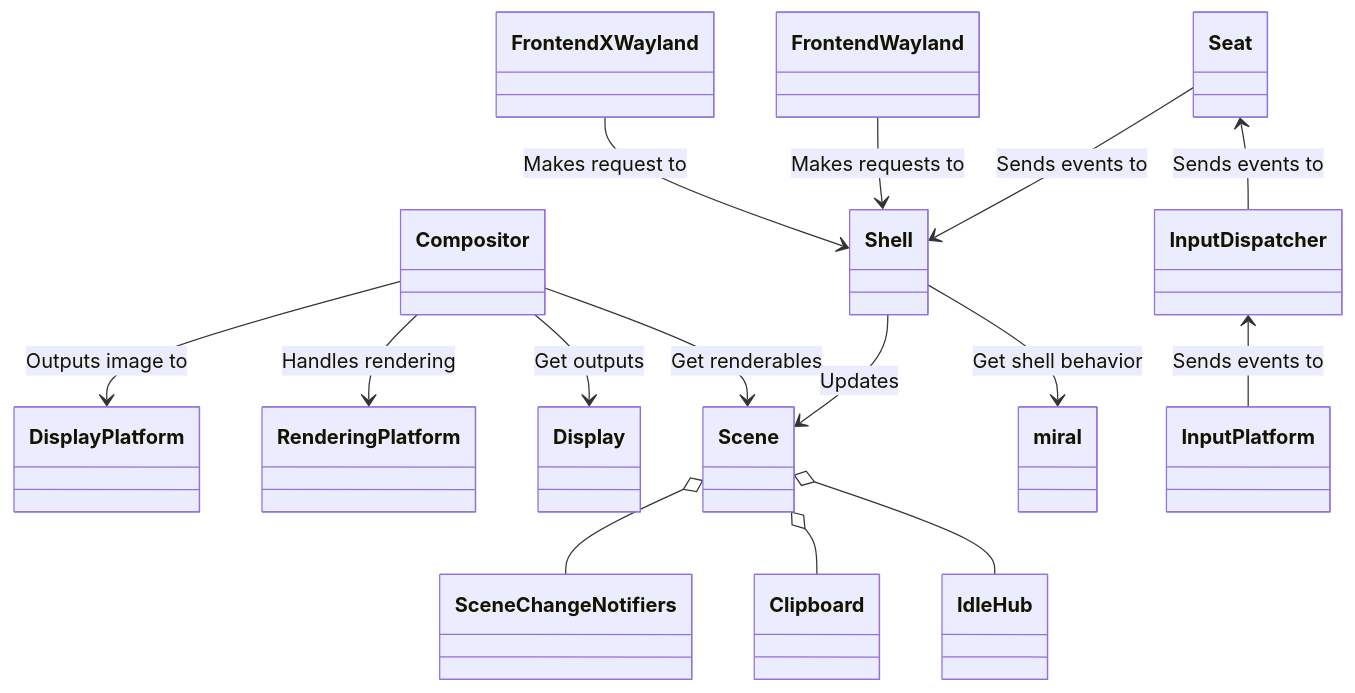
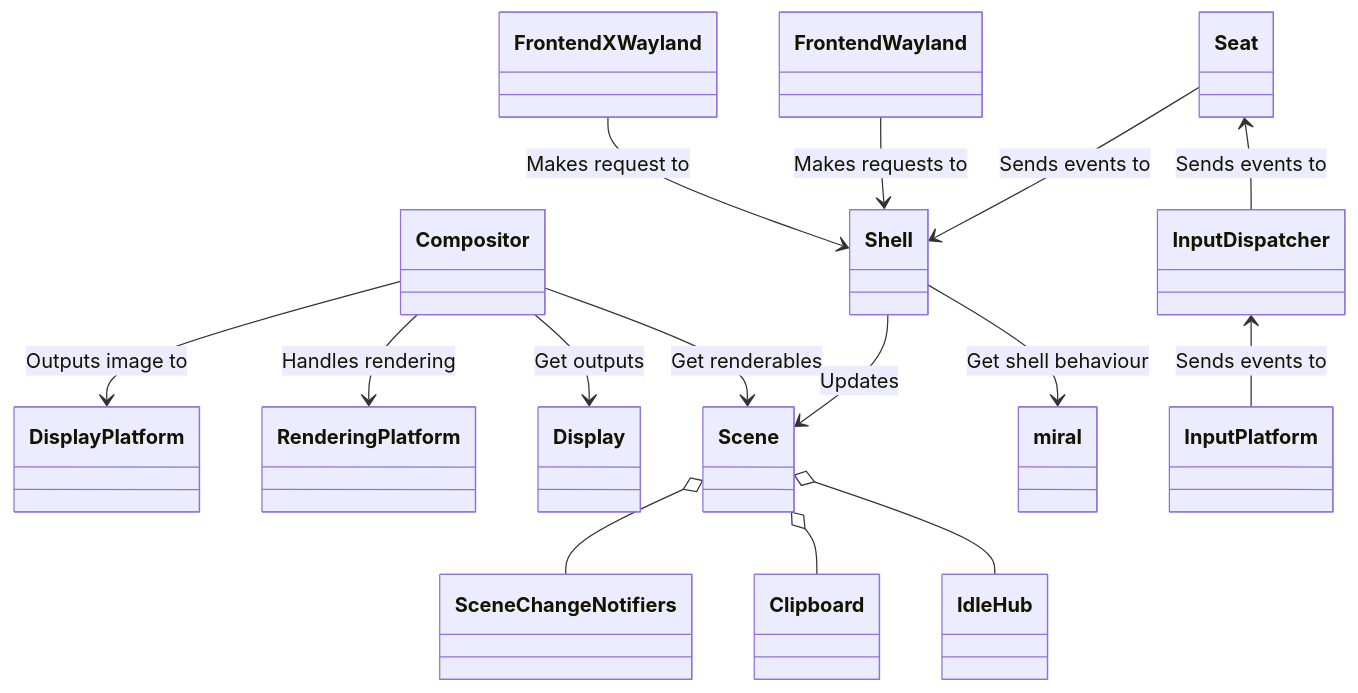
The diagram in doc/sphinx/explanation/mirserver.mmd (canonical/mir), drawn with Mermaid before and after one commit. The commit also changed 5 other files, not shown here.

```diff
--- a/doc/sphinx/explanation/mirserver.mmd
+++ b/doc/sphinx/explanation/mirserver.mmd
@@ -1,20 +1,20 @@
 
 classDiagram
     Compositor --> Scene: Get renderables
     Compositor --> Display: Get outputs
     Compositor --> RenderingPlatform: Handles rendering
     Compositor --> DisplayPlatform: Outputs image to
-    Shell --> miral: Get shell behavior
+    Shell --> miral: Get shell behaviour
     Shell --> Scene: Updates
     InputDispatcher <-- InputPlatform: Sends events to
     Seat <-- InputDispatcher: Sends events to
     Seat --> Shell: Sends events to
     FrontendWayland --> Shell: Makes requests to
     FrontendXWayland --> Shell: Makes request to
     Scene o-- IdleHub
     Scene o-- Clipboard
     Scene o-- SceneChangeNotifiers
 
 
     %%Server --> Core
     %%Server --> Common
```
